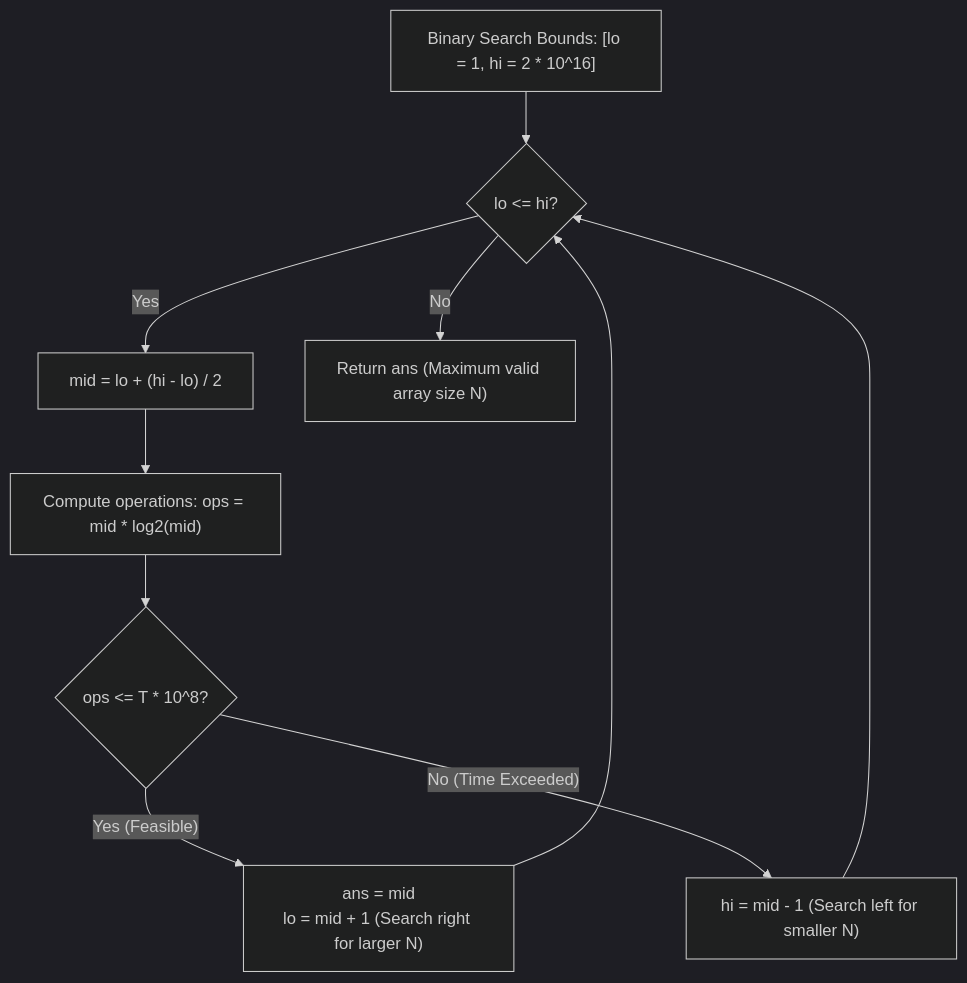
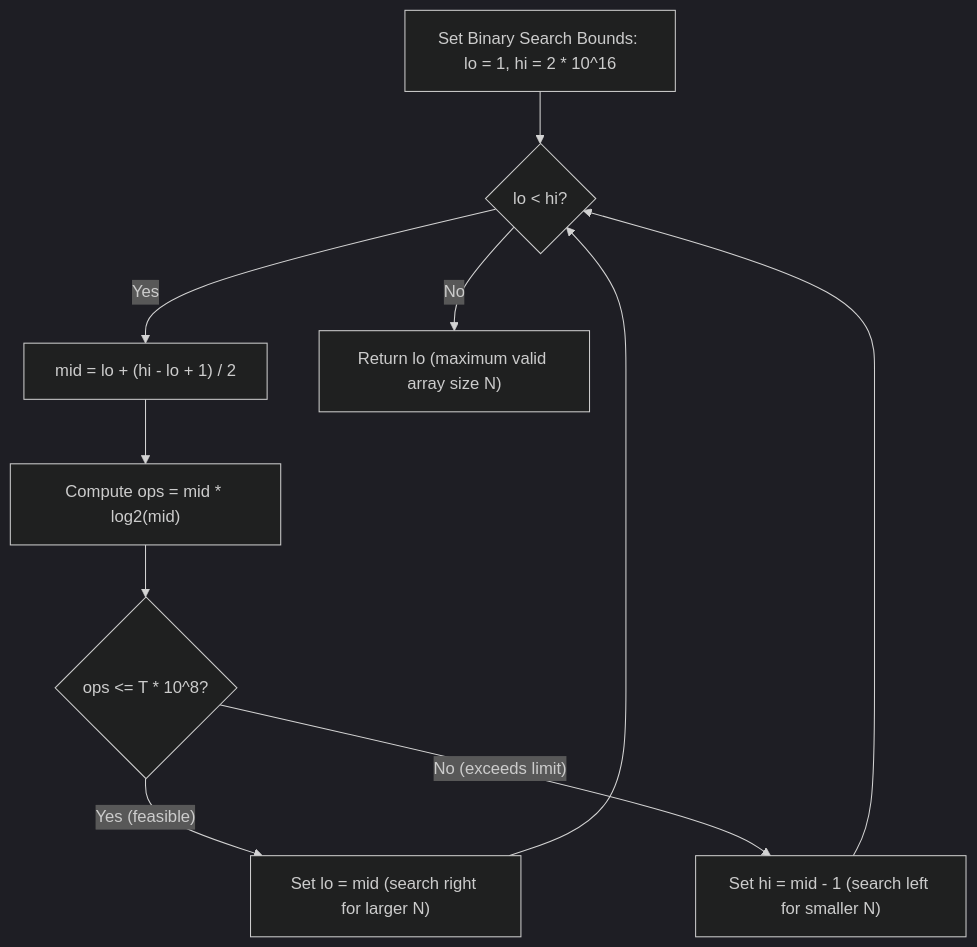
The first of 2 diagrams in content/Main Notes/3rd Year/Term 1/CSALGCM/Module 2 - Divide and Conquer/Problem Sets/[PS] Empress Arcana Problems/05 - QUIIIIICKSOOOOORT!!!!!!!!!!!.md (2ru17/Project-Engram), drawn with Mermaid (dark theme) before and after one commit. The commit also changed other lines of this file and 84 other files, not shown here.

````diff
--- a/content/Main Notes/3rd Year/Term 1/CSALGCM/Module 2 - Divide and Conquer/Problem Sets/[PS] Empress Arcana Problems/05 - QUIIIIICKSOOOOORT!!!!!!!!!!!.md
+++ b/content/Main Notes/3rd Year/Term 1/CSALGCM/Module 2 - Divide and Conquer/Problem Sets/[PS] Empress Arcana Problems/05 - QUIIIIICKSOOOOORT!!!!!!!!!!!.md
@@ -66,12 +86,12 @@
 ```mermaid
 flowchart TD
-    InitBS["Binary Search Bounds: [lo = 1, hi = 2 * 10^16]"] --> LoopBS{"lo <= hi?"}
-    LoopBS -- "Yes" --> Mid["mid = lo + (hi - lo) / 2"]
-    Mid --> Cost["Compute operations: ops = mid * log2(mid)"]
+    InitBS["Set Binary Search Bounds: lo = 1, hi = 2 * 10^16"] --> LoopBS{"lo < hi?"}
+    LoopBS -->|"Yes"| Mid["mid = lo + (hi - lo + 1) / 2"]
+    Mid --> Cost["Compute ops = mid * log2(mid)"]
     Cost --> CompTarget{"ops <= T * 10^8?"}
-    CompTarget -- "Yes (Feasible)" --> Feas["ans = mid<br/>lo = mid + 1 (Search right for larger N)"]
-    CompTarget -- "No (Time Exceeded)" --> Infeas["hi = mid - 1 (Search left for smaller N)"]
+    CompTarget -->|"Yes (feasible)"| Feas["Set lo = mid (search right for larger N)"]
+    CompTarget -->|"No (exceeds limit)"| Infeas["Set hi = mid - 1 (search left for smaller N)"]
     Feas --> LoopBS
     Infeas --> LoopBS
-    LoopBS -- "No" --> TerminateBS["Return ans (Maximum valid array size N)"]
+    LoopBS -->|"No"| TerminateBS["Return lo (maximum valid array size N)"]
 ```
````
